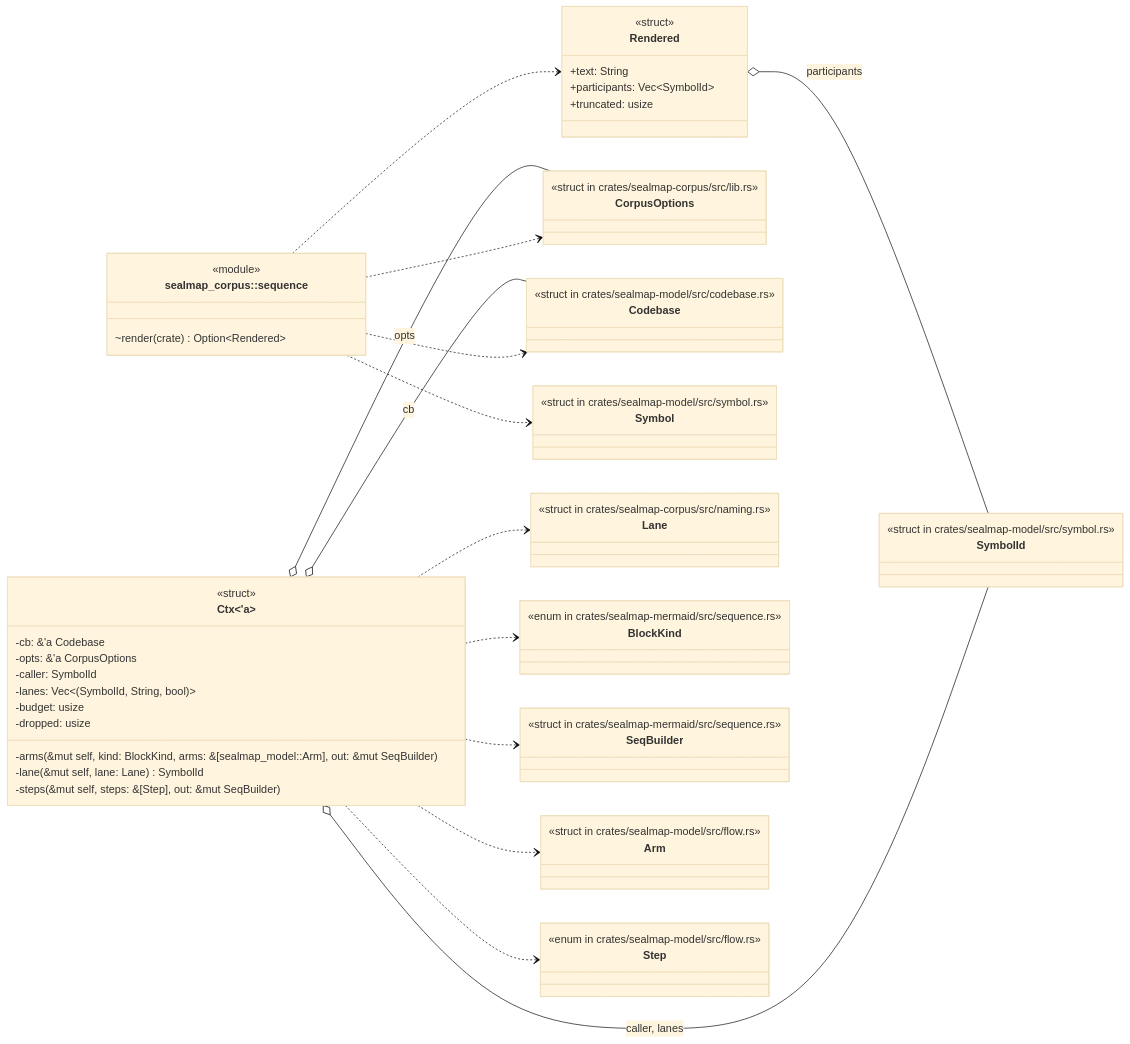
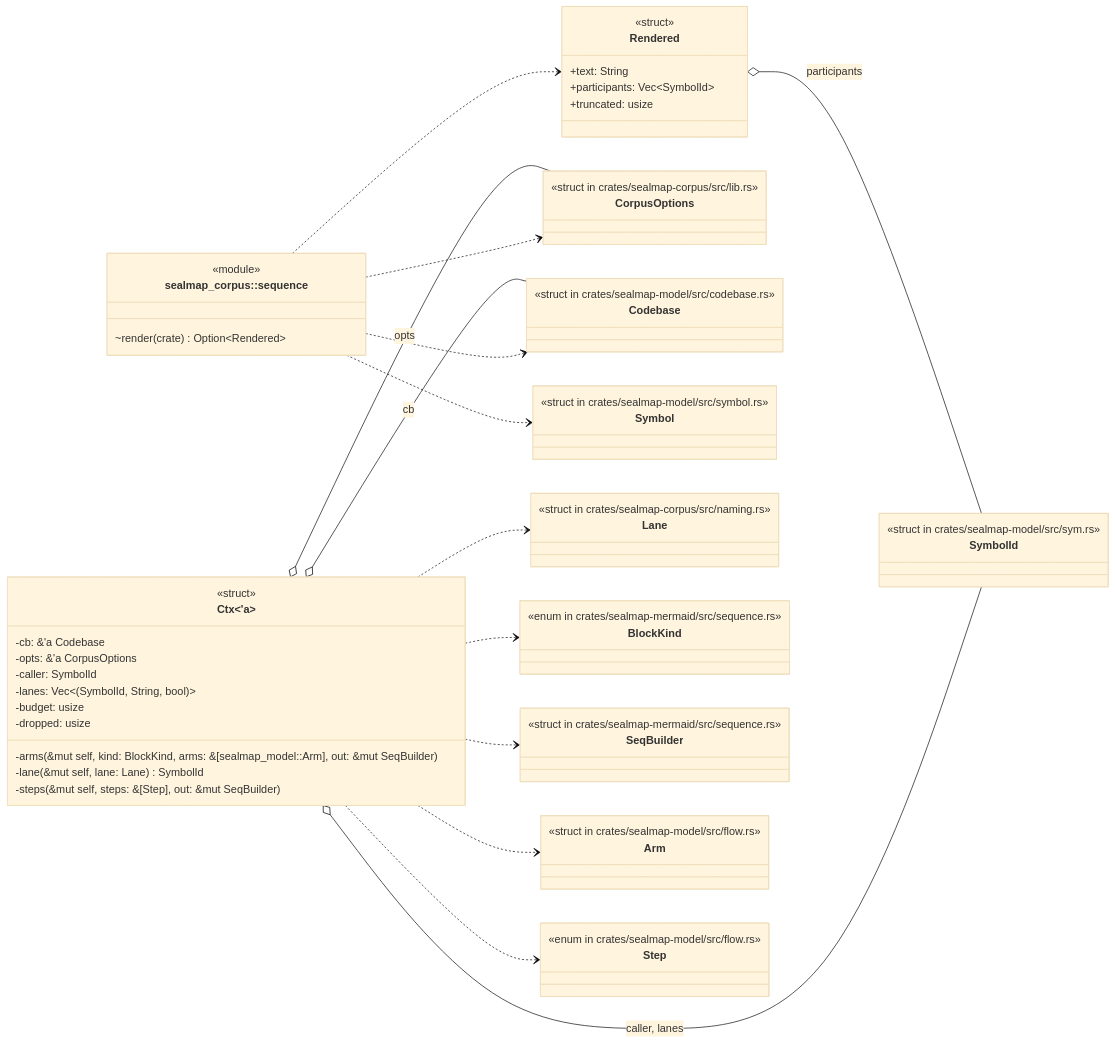
The first of 4 diagrams in docs/sealmap/crates/sealmap-corpus/src/sequence.rs.md (DreamLab-AI/codemaid), drawn with Mermaid (base theme) before and after one commit. The commit also changed other lines of this file and 45 other files, not shown here.

First line of the commit message:
docs: regenerate the self-corpus for sym: ids and schema v2

````diff
--- a/docs/sealmap/crates/sealmap-corpus/src/sequence.rs.md
+++ b/docs/sealmap/crates/sealmap-corpus/src/sequence.rs.md
@@ -14,66 +14,66 @@
 ```mermaid
 classDiagram
   direction LR
-  class sealmap_corpus__sequence__Ctx["Ctx#lt;'a#gt;"] {
+  class sealmap_corpus__sequence___tCtx["Ctx#lt;'a#gt;"] {
     <<struct>>
     -cb: &'a Codebase
     -opts: &'a CorpusOptions
     -caller: SymbolId
     -lanes: Vec#lt;#40;SymbolId, String, bool#41;#gt;
     -budget: usize
     -dropped: usize
     -arms(&mut self, kind: BlockKind, arms: &[sealmap_model::Arm], out: &mut SeqBuilder)
     -lane(&mut self, lane: Lane) SymbolId
     -steps(&mut self, steps: &[Step], out: &mut SeqBuilder)
   }
-  class sealmap_corpus__sequence__Rendered["Rendered"] {
+  class sealmap_corpus__sequence___tRendered["Rendered"] {
     <<struct>>
     +text: String
     +participants: Vec#lt;SymbolId#gt;
     +truncated: usize
   }
   class sealmap_corpus__sequence["sealmap_corpus::sequence"] {
     <<module>>
     ~render(crate) Option#lt;Rendered#gt;
   }
-  class sealmap_corpus__CorpusOptions["CorpusOptions"] {
+  class sealmap_corpus___tCorpusOptions["CorpusOptions"] {
     <<struct in crates/sealmap-corpus/src/lib.rs>>
   }
-  class sealmap_model__codebase__Codebase["Codebase"] {
+  class sealmap_model__codebase___tCodebase["Codebase"] {
     <<struct in crates/sealmap-model/src/codebase.rs>>
   }
-  class sealmap_model__symbol__Symbol["Symbol"] {
+  class sealmap_model__symbol___tSymbol["Symbol"] {
     <<struct in crates/sealmap-model/src/symbol.rs>>
   }
-  class sealmap_corpus__naming__Lane["Lane"] {
+  class sealmap_corpus__naming___tLane["Lane"] {
     <<struct in crates/sealmap-corpus/src/naming.rs>>
   }
-  class sealmap_mermaid__sequence__BlockKind["BlockKind"] {
+  class sealmap_mermaid__sequence___tBlockKind["BlockKind"] {
     <<enum in crates/sealmap-mermaid/src/sequence.rs>>
   }
-  class sealmap_mermaid__sequence__SeqBuilder["SeqBuilder"] {
+  class sealmap_mermaid__sequence___tSeqBuilder["SeqBuilder"] {
     <<struct in crates/sealmap-mermaid/src/sequence.rs>>
   }
-  class sealmap_model__flow__Arm["Arm"] {
+  class sealmap_model__flow___tArm["Arm"] {
     <<struct in crates/sealmap-model/src/flow.rs>>
   }
-  class sealmap_model__flow__Step["Step"] {
+  class sealmap_model__flow___tStep["Step"] {
     <<enum in crates/sealmap-model/src/flow.rs>>
   }
-  class sealmap_model__symbol__SymbolId["SymbolId"] {
-    <<struct in crates/sealmap-model/src/symbol.rs>>
+  class sealmap_model__sym___tSymbolId["SymbolId"] {
+    <<struct in crates/sealmap-model/src/sym.rs>>
   }
-  sealmap_corpus__sequence ..> sealmap_corpus__CorpusOptions
-  sealmap_corpus__sequence ..> sealmap_corpus__sequence__Rendered
-  sealmap_corpus__sequence ..> sealmap_model__codebase__Codebase
-  sealmap_corpus__sequence ..> sealmap_model__symbol__Symbol
-  sealmap_corpus__sequence__Ctx o-- sealmap_corpus__CorpusOptions : opts
-  sealmap_corpus__sequence__Ctx ..> sealmap_corpus__naming__Lane
-  sealmap_corpus__sequence__Ctx ..> sealmap_mermaid__sequence__BlockKind
-  sealmap_corpus__sequence__Ctx ..> sealmap_mermaid__sequence__SeqBuilder
-  sealmap_corpus__sequence__Ctx o-- sealmap_model__codebase__Codebase : cb
-  sealmap_corpus__sequence__Ctx ..> sealmap_model__flow__Arm
-  sealmap_corpus__sequence__Ctx ..> sealmap_model__flow__Step
-  sealmap_corpus__sequence__Ctx o-- sealmap_model__symbol__SymbolId : caller, lanes
-  sealmap_corpus__sequence__Rendered o-- sealmap_model__symbol__SymbolId : participants
+  sealmap_corpus__sequence ..> sealmap_corpus___tCorpusOptions
+  sealmap_corpus__sequence ..> sealmap_corpus__sequence___tRendered
+  sealmap_corpus__sequence ..> sealmap_model__codebase___tCodebase
+  sealmap_corpus__sequence ..> sealmap_model__symbol___tSymbol
+  sealmap_corpus__sequence___tCtx o-- sealmap_corpus___tCorpusOptions : opts
+  sealmap_corpus__sequence___tCtx ..> sealmap_corpus__naming___tLane
+  sealmap_corpus__sequence___tCtx ..> sealmap_mermaid__sequence___tBlockKind
+  sealmap_corpus__sequence___tCtx ..> sealmap_mermaid__sequence___tSeqBuilder
+  sealmap_corpus__sequence___tCtx o-- sealmap_model__codebase___tCodebase : cb
+  sealmap_corpus__sequence___tCtx ..> sealmap_model__flow___tArm
+  sealmap_corpus__sequence___tCtx ..> sealmap_model__flow___tStep
+  sealmap_corpus__sequence___tCtx o-- sealmap_model__sym___tSymbolId : caller, lanes
+  sealmap_corpus__sequence___tRendered o-- sealmap_model__sym___tSymbolId : participants
 ```
````
